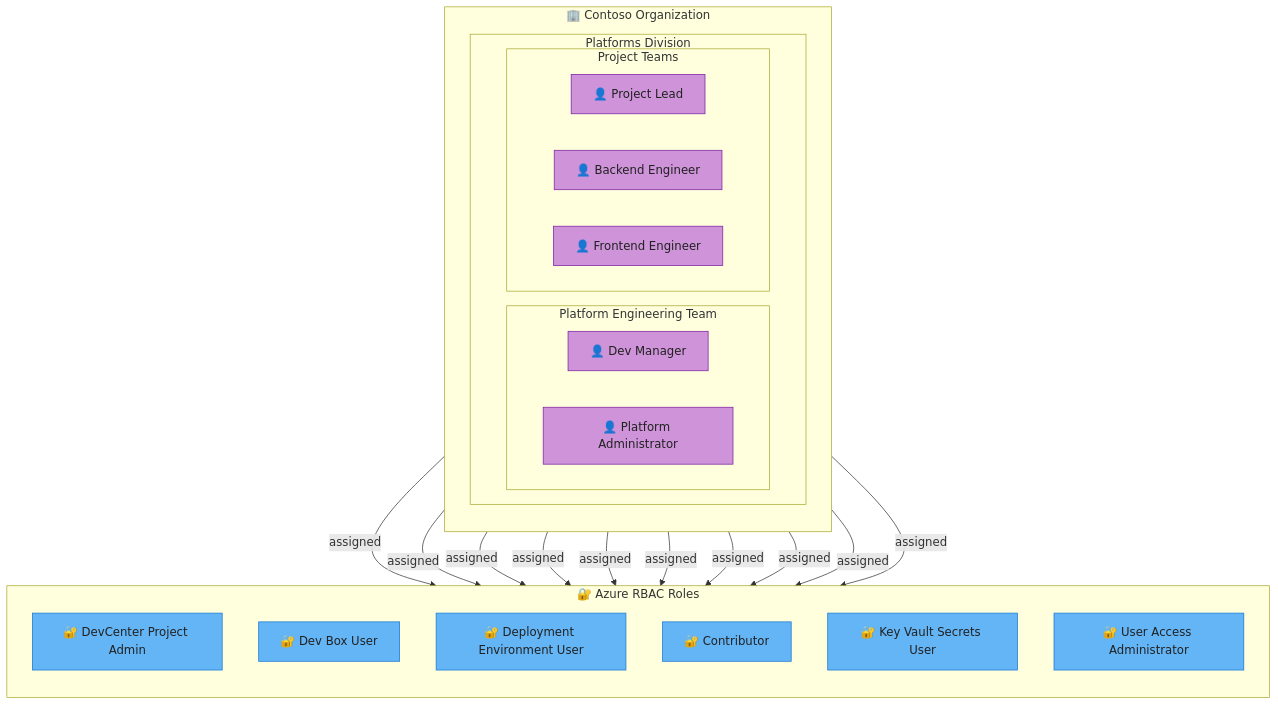
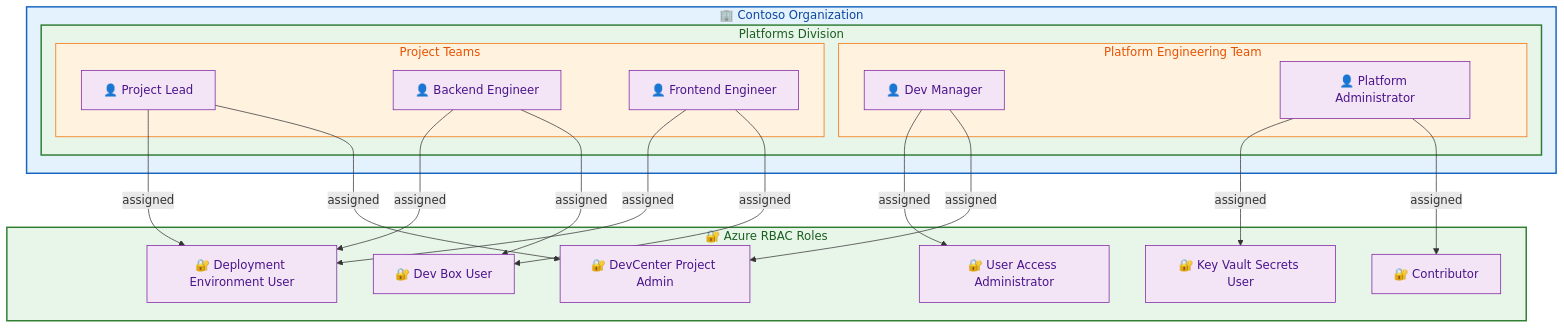
The fifth of 5 diagrams in docs/architecture/Business.md (Evilazaro/DevExp-DevBox), drawn with Mermaid before and after one commit. The commit also changed other lines of this file, not shown here.

Commit message:
docs: refine Business Architecture diagrams with improved clarity, consistent naming, and enhanced styling

````diff
--- a/docs/architecture/Business.md
+++ b/docs/architecture/Business.md
@@ -461,49 +437,48 @@
 ```mermaid
 flowchart TB
-    direction TB
-
-    subgraph organization["🏢 Contoso Organization"]
-        direction TB
-        subgraph division["Platforms Division"]
-            direction LR
-
-            subgraph platformTeam["Platform Engineering Team"]
-                devManager["👤 Dev Manager"]
-                platformAdmin["👤 Platform Administrator"]
+    subgraph Organization["🏢 Contoso Organization"]
+        subgraph Division["Platforms Division"]
+            subgraph PlatformTeam["Platform Engineering Team"]
+                DM["👤 Dev Manager"]
+                PA["👤 Platform Administrator"]
             end
 
-            subgraph projectTeams["Project Teams"]
-                projectLead["👤 Project Lead"]
-                backendEngineer["👤 Backend Engineer"]
-                frontendEngineer["👤 Frontend Engineer"]
+            subgraph ProjectTeams["Project Teams"]
+                PL["👤 Project Lead"]
+                BE["👤 Backend Engineer"]
+                FE["👤 Frontend Engineer"]
             end
         end
     end
 
-    subgraph rbacRoles["🔐 Azure RBAC Roles"]
-        direction TB
-        devCenterProjectAdmin["🔐 DevCenter Project Admin"]
-        devBoxUser["🔐 Dev Box User"]
-        deploymentEnvUser["🔐 Deployment Environment User"]
-        contributor["🔐 Contributor"]
-        keyVaultSecretsUser["🔐 Key Vault Secrets User"]
-        userAccessAdmin["🔐 User Access Administrator"]
+    subgraph RbacRoles["🔐 Azure RBAC Roles"]
+        DCPA["🔐 DevCenter Project Admin"]
+        DBU["🔐 Dev Box User"]
+        DEU["🔐 Deployment Environment User"]
+        CONT["🔐 Contributor"]
+        KVSU["🔐 Key Vault Secrets User"]
+        UAA["🔐 User Access Administrator"]
     end
 
-    devManager -->|"assigned"| devCenterProjectAdmin
-    devManager -->|"assigned"| userAccessAdmin
-    platformAdmin -->|"assigned"| contributor
-    platformAdmin -->|"assigned"| keyVaultSecretsUser
-    projectLead -->|"assigned"| devCenterProjectAdmin
-    projectLead -->|"assigned"| deploymentEnvUser
-    backendEngineer -->|"assigned"| devBoxUser
-    backendEngineer -->|"assigned"| deploymentEnvUser
-    frontendEngineer -->|"assigned"| devBoxUser
-    frontendEngineer -->|"assigned"| deploymentEnvUser
+    DM -->|"assigned"| DCPA
+    DM -->|"assigned"| UAA
+    PA -->|"assigned"| CONT
+    PA -->|"assigned"| KVSU
+    PL -->|"assigned"| DCPA
+    PL -->|"assigned"| DEU
+    BE -->|"assigned"| DBU
+    BE -->|"assigned"| DEU
+    FE -->|"assigned"| DBU
+    FE -->|"assigned"| DEU
 
-    classDef actor fill:#CE93D8,stroke:#7B1FA2,color:#212121
-    classDef role fill:#64B5F6,stroke:#1976D2,color:#212121
+    %% Style Definitions
+    classDef L0 fill:#E3F2FD,stroke:#1565C0,stroke-width:2px,color:#0D47A1
+    classDef L1 fill:#E8F5E9,stroke:#2E7D32,stroke-width:2px,color:#1B5E20
+    classDef L2 fill:#FFF3E0,stroke:#EF6C00,stroke-width:1px,color:#E65100
+    classDef L3 fill:#F3E5F5,stroke:#7B1FA2,stroke-width:1px,color:#4A148C
 
-    class devManager,platformAdmin,projectLead,backendEngineer,frontendEngineer actor
-    class devCenterProjectAdmin,devBoxUser,deploymentEnvUser,contributor,keyVaultSecretsUser,userAccessAdmin role
+    class Organization L0
+    class Division,RbacRoles L1
+    class PlatformTeam,ProjectTeams L2
+    class DM,PA,PL,BE,FE,DCPA,DBU,DEU,CONT,KVSU,UAA L3
 ```
````
